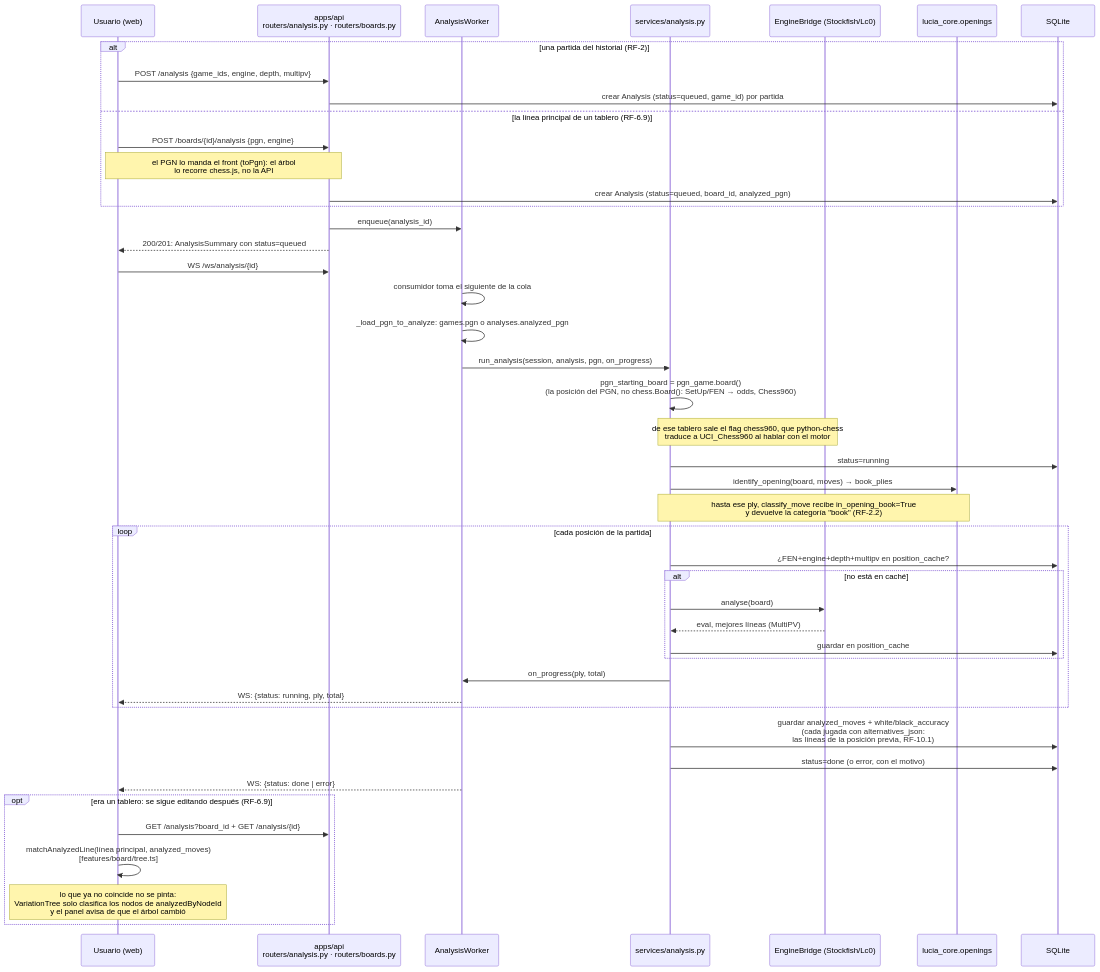
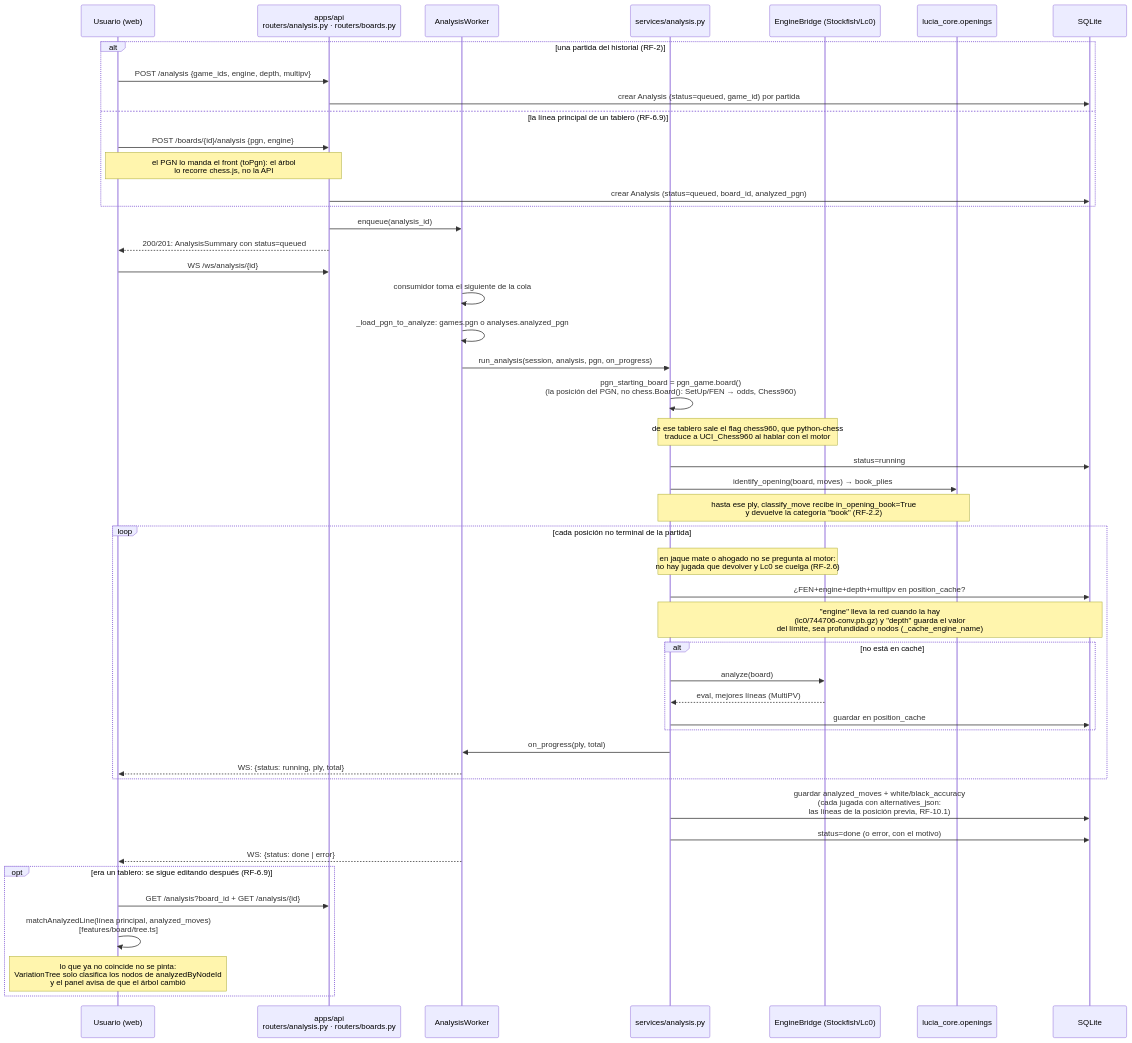
The sixth of 16 diagrams in docs/06-mapa-del-proyecto.md (SirJsus/LUCIA), drawn with Mermaid before and after one commit. The commit also changed other lines of this file and 81 other files, not shown here.

````diff
--- a/docs/06-mapa-del-proyecto.md
+++ b/docs/06-mapa-del-proyecto.md
@@ -445,50 +495,52 @@
 ```mermaid
 sequenceDiagram
     participant U as Usuario (web)
     participant A as apps/api<br/>routers/analysis.py · routers/boards.py
     participant WK as AnalysisWorker
     participant S as services/analysis.py
     participant E as EngineBridge (Stockfish/Lc0)
     participant O as lucia_core.openings
     participant DB as SQLite
 
     alt una partida del historial (RF-2)
         U->>A: POST /analysis {game_ids, engine, depth, multipv}
         A->>DB: crear Analysis (status=queued, game_id) por partida
     else la línea principal de un tablero (RF-6.9)
         U->>A: POST /boards/{id}/analysis {pgn, engine}
         Note over U,A: el PGN lo manda el front (toPgn): el árbol<br/>lo recorre chess.js, no la API
         A->>DB: crear Analysis (status=queued, board_id, analyzed_pgn)
     end
     A->>WK: enqueue(analysis_id)
     A-->>U: 200/201: AnalysisSummary con status=queued
 
     U->>A: WS /ws/analysis/{id}
     WK->>WK: consumidor toma el siguiente de la cola
     WK->>WK: _load_pgn_to_analyze: games.pgn o analyses.analyzed_pgn
     WK->>S: run_analysis(session, analysis, pgn, on_progress)
     S->>S: pgn_starting_board = pgn_game.board()<br/>(la posición del PGN, no chess.Board(): SetUp/FEN → odds, Chess960)
     Note over S,E: de ese tablero sale el flag chess960, que python-chess<br/>traduce a UCI_Chess960 al hablar con el motor
     S->>DB: status=running
     S->>O: identify_opening(board, moves) → book_plies
     Note over S,O: hasta ese ply, classify_move recibe in_opening_book=True<br/>y devuelve la categoría "book" (RF-2.2)
-    loop cada posición de la partida
+    loop cada posición no terminal de la partida
+        Note over S,E: en jaque mate o ahogado no se pregunta al motor:<br/>no hay jugada que devolver y Lc0 se cuelga (RF-2.6)
         S->>DB: ¿FEN+engine+depth+multipv en position_cache?
+        Note over S,DB: "engine" lleva la red cuando la hay<br/>(lc0/744706-conv.pb.gz) y "depth" guarda el valor<br/>del límite, sea profundidad o nodos (_cache_engine_name)
         alt no está en caché
-            S->>E: analyse(board)
+            S->>E: analyze(board)
             E-->>S: eval, mejores líneas (MultiPV)
             S->>DB: guardar en position_cache
         end
         S->>WK: on_progress(ply, total)
         WK-->>U: WS: {status: running, ply, total}
     end
     S->>DB: guardar analyzed_moves + white/black_accuracy<br/>(cada jugada con alternatives_json:<br/>las líneas de la posición previa, RF-10.1)
     S->>DB: status=done (o error, con el motivo)
     WK-->>U: WS: {status: done | error}
 
     opt era un tablero: se sigue editando después (RF-6.9)
         U->>A: GET /analysis?board_id + GET /analysis/{id}
         U->>U: matchAnalyzedLine(línea principal, analyzed_moves)<br/>[features/board/tree.ts]
         Note over U: lo que ya no coincide no se pinta:<br/>VariationTree solo clasifica los nodos de analyzedByNodeId<br/>y el panel avisa de que el árbol cambió
     end
 ```
````
